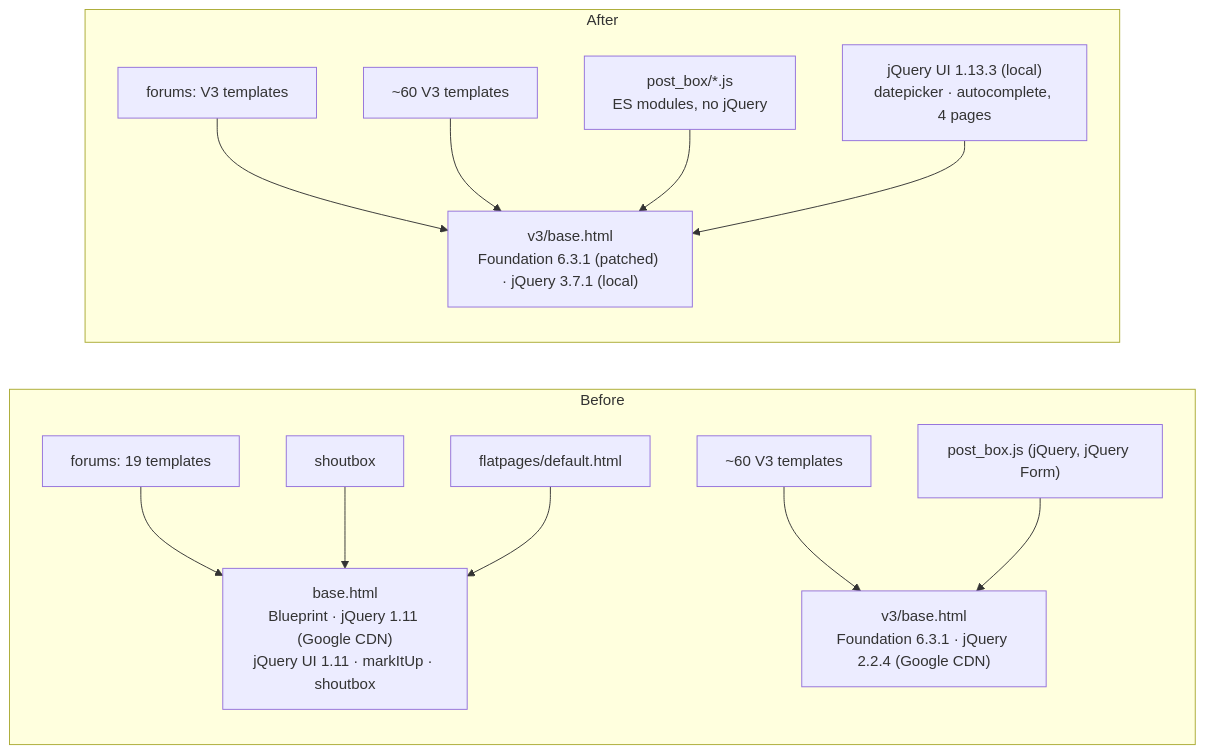
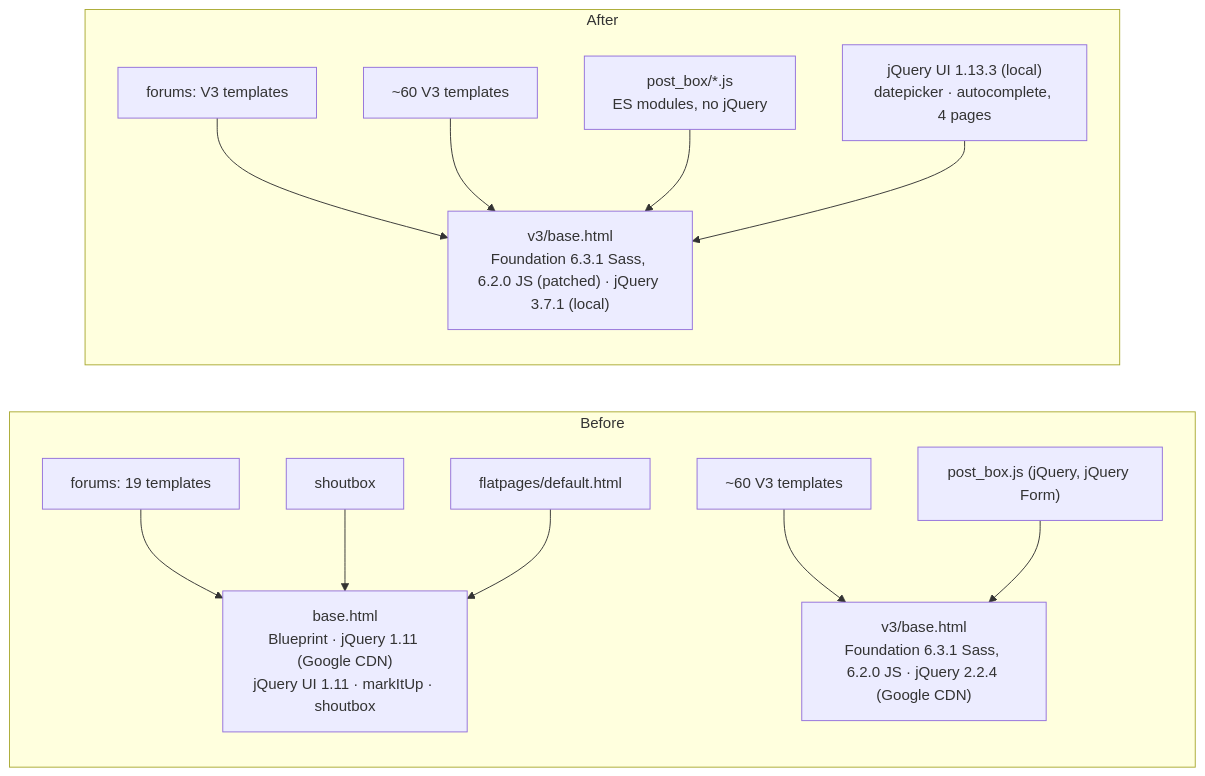
The first of 4 diagrams in .agents/planning/2026-10-10-v3-forums-and-js/design/detailed-design.md (gremmie/sg101), drawn with Mermaid before and after one commit. The commit also changed other lines of this file and 9 other files, not shown here.

````diff
--- a/.agents/planning/2026-10-10-v3-forums-and-js/design/detailed-design.md
+++ b/.agents/planning/2026-10-10-v3-forums-and-js/design/detailed-design.md
@@ -130,19 +132,19 @@
 ```mermaid
 flowchart LR
   subgraph Before
     B1["base.html<br/>Blueprint · jQuery 1.11 (Google CDN)<br/>jQuery UI 1.11 · markItUp · shoutbox"]
-    B2["v3/base.html<br/>Foundation 6.3.1 · jQuery 2.2.4 (Google CDN)"]
+    B2["v3/base.html<br/>Foundation 6.3.1 Sass, 6.2.0 JS · jQuery 2.2.4 (Google CDN)"]
     F1[forums: 19 templates] --> B1
     S1[shoutbox] --> B1
     FP[flatpages/default.html] --> B1
     V[~60 V3 templates] --> B2
     PB1["post_box.js (jQuery, jQuery Form)"] --> B2
   end
   subgraph After
-    A2["v3/base.html<br/>Foundation 6.3.1 (patched) · jQuery 3.7.1 (local)"]
+    A2["v3/base.html<br/>Foundation 6.3.1 Sass, 6.2.0 JS (patched) · jQuery 3.7.1 (local)"]
     F2[forums: V3 templates] --> A2
     V2[~60 V3 templates] --> A2
     PB2["post_box/*.js<br/>ES modules, no jQuery"] --> A2
     UI["jQuery UI 1.13.3 (local)<br/>datepicker · autocomplete, 4 pages"] --> A2
   end
 ```
````
